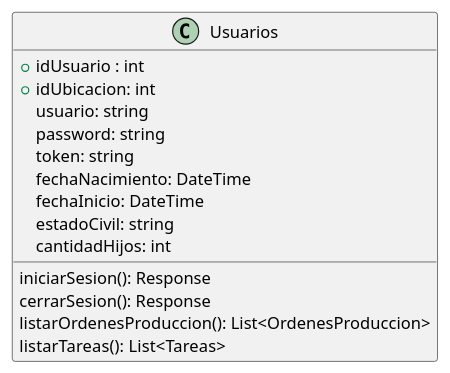
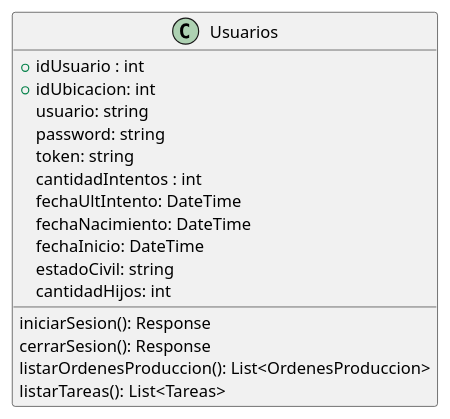
One commit to ZMGestion/DocumentacionZMGestion changed the diagram in DiagramaClases/Clases/Usuarios.puml. Above: the diagram before and after it, drawn with PlantUML.

Commit message:
Cantidad intentos y fecha del ultimo

```diff
--- a/DiagramaClases/Clases/Usuarios.puml
+++ b/DiagramaClases/Clases/Usuarios.puml
@@ -1,18 +1,20 @@
 @startuml Usuarios
 class Usuarios {
    +idUsuario : int
    +idUbicacion: int
    usuario: string
    password: string
    token: string
+   cantidadIntentos : int
+   fechaUltIntento: DateTime
    fechaNacimiento: DateTime
    fechaInicio: DateTime
    estadoCivil: string
    cantidadHijos: int
 
    iniciarSesion(): Response
    cerrarSesion(): Response
    listarOrdenesProduccion(): List<OrdenesProduccion>
    listarTareas(): List<Tareas>
 }
 @enduml
```
